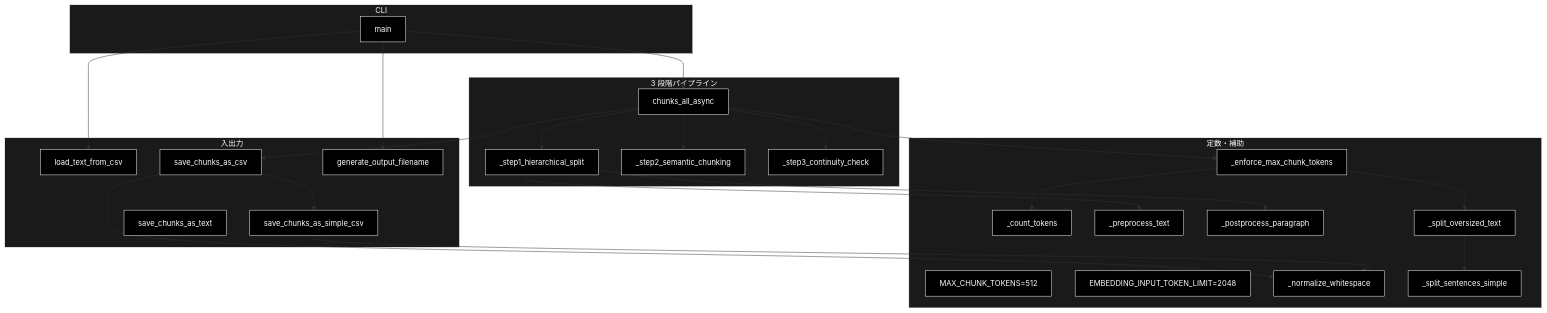
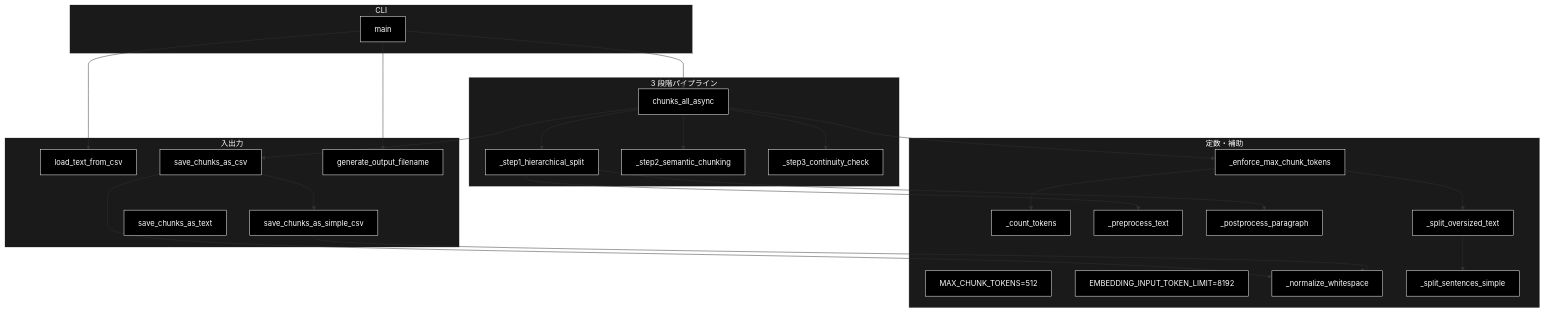
One commit to nakashima2toshio/grace_v2 changed the second of 3 diagrams in chunking/docs/csv_text_to_chunks_text_csv.md. Above: the diagram before and after it, drawn with Mermaid. The commit also changed other lines of this file and 45 other files, not shown here.

````diff
--- a/chunking/docs/csv_text_to_chunks_text_csv.md
+++ b/chunking/docs/csv_text_to_chunks_text_csv.md
@@ -130,57 +130,57 @@
 ```mermaid
 flowchart TB
     subgraph CONST["定数・補助"]
         MAXT["MAX_CHUNK_TOKENS=512"]
-        EMBT["EMBEDDING_INPUT_TOKEN_LIMIT=2048"]
+        EMBT["EMBEDDING_INPUT_TOKEN_LIMIT=8192"]
         TOK["_count_tokens"]
         NORM["_normalize_whitespace"]
         PRE["_preprocess_text"]
         POST["_postprocess_paragraph"]
         SPLIT["_split_sentences_simple"]
         SPLITOV["_split_oversized_text"]
         ENF["_enforce_max_chunk_tokens"]
     end
 
     subgraph IO["入出力"]
         LOAD["load_text_from_csv"]
         SAVECSV["save_chunks_as_csv"]
         SAVESIM["save_chunks_as_simple_csv"]
         SAVETXT["save_chunks_as_text"]
         GENFN["generate_output_filename"]
     end
 
     subgraph PIPE["3 段階パイプライン"]
         ENTRY["chunks_all_async"]
         S1["_step1_hierarchical_split"]
         S2["_step2_semantic_chunking"]
         S3["_step3_continuity_check"]
     end
 
     subgraph CLIB["CLI"]
         MAIN["main"]
     end
 
     MAIN --> LOAD
     MAIN --> GENFN
     MAIN --> ENTRY
     ENTRY --> S1
     ENTRY --> S2
     ENTRY --> S3
     S1 --> PRE
     S1 --> POST
     ENTRY --> ENF
     ENF --> SPLITOV
     SPLITOV --> SPLIT
     ENF --> TOK
     ENTRY --> SAVECSV
     SAVECSV --> SAVESIM
     SAVECSV --> NORM
     SAVESIM --> NORM
 classDef default fill:#000,stroke:#fff,color:#fff
 classDef subgraphStyle fill:#1a1a1a,stroke:#fff,color:#fff
 class MAXT,EMBT,TOK,NORM,PRE,POST,SPLIT,SPLITOV,ENF,LOAD,SAVECSV,SAVESIM,SAVETXT,GENFN,ENTRY,S1,S2,S3,MAIN default
 style CONST fill:#1a1a1a,stroke:#fff,color:#fff
 style IO fill:#1a1a1a,stroke:#fff,color:#fff
 style PIPE fill:#1a1a1a,stroke:#fff,color:#fff
 style CLIB fill:#1a1a1a,stroke:#fff,color:#fff
 ```
````
